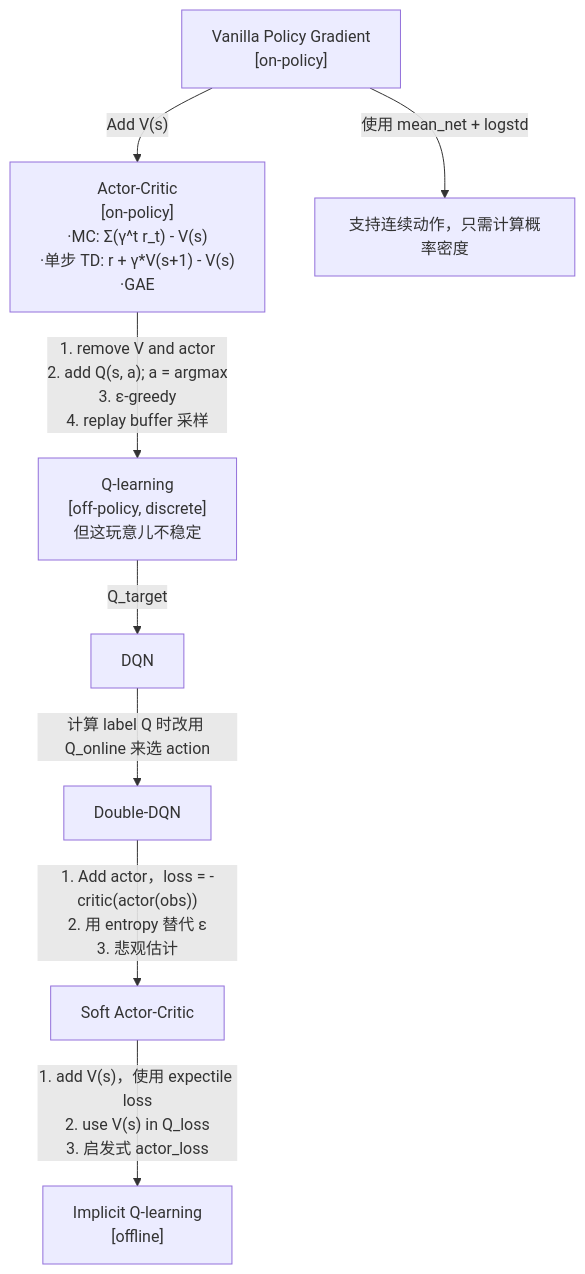
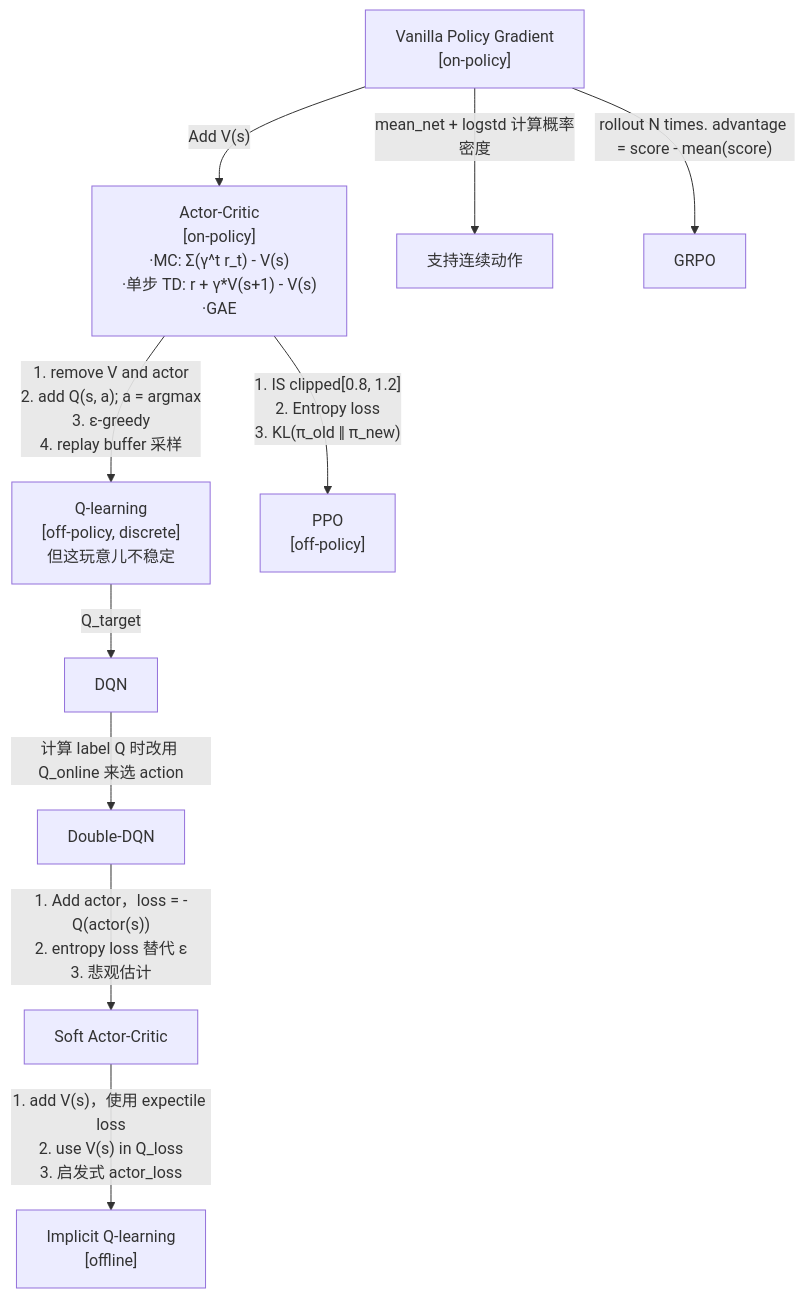
Before and after one commit to julyfun/how-to: the diagram in 技术学习/285/285-0.md, drawn with Mermaid. The commit also changed 1 other file, not shown here.

Commit message:
M 技术学习/285/285-0.md | M 技术学习/285/285-2.md

````diff
--- a/技术学习/285/285-0.md
+++ b/技术学习/285/285-0.md
@@ -11,11 +11,13 @@
 ```mermaid
 flowchart TD
     PG["Vanilla Policy Gradient<br>[on-policy]"] -->|"Add V(s)"| AC
     AC["Actor-Critic<br>[on-policy]<br>·MC: Σ(γ^t r_t) - V(s)<br>·单步 TD: r + γ*V(s+1) - V(s)<br>·GAE"]
-    PG -->|使用 mean_net + logstd| cont[支持连续动作，只需计算概率密度]
+    PG -->|"mean_net + logstd 计算概率密度"| cont[支持连续动作]
     AC -->|"1. remove V and actor<br>2. add Q(s, a); a = argmax<br>3. ε-greedy<br>4. replay buffer 采样"| Q-learning["Q-learning<br>[off-policy, discrete]<br>但这玩意儿不稳定"]
     Q-learning -->|"Q_target"| DQN
     DQN -->|"计算 label Q 时改用 Q_online 来选 action"| Double-DQN
-    Double-DQN -->|"1. Add actor，loss = -critic(actor(obs))<br>2. 用 entropy 替代 ε<br>3. 悲观估计"| SAC["Soft Actor-Critic"]
+    Double-DQN -->|"1. Add actor，loss = -Q(actor(s))<br>2. entropy loss 替代 ε<br>3. 悲观估计"| SAC["Soft Actor-Critic"]
     SAC -->|"1. add V(s)，使用 expectile loss<br>2. use V(s) in Q_loss<br>3. 启发式 actor_loss"| IQL["Implicit Q-learning<br>[offline]"]
+    AC -->|"1. IS clipped[0.8, 1.2]<br>2. Entropy loss<br>3. KL(π_old ‖ π_new)"| PPO["PPO<br>[off-policy]"]
+    PG -->|"rollout N times. advantage = score - mean(score)"| GRPO
 ```
````
